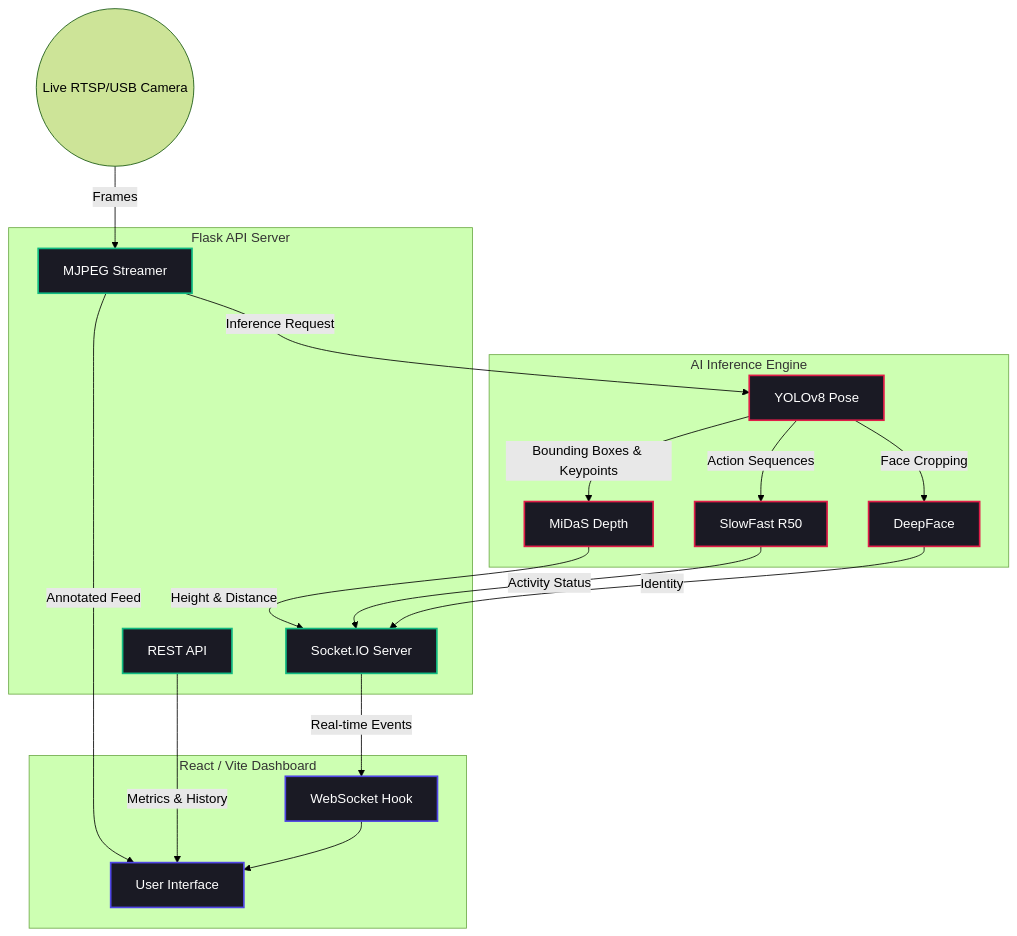
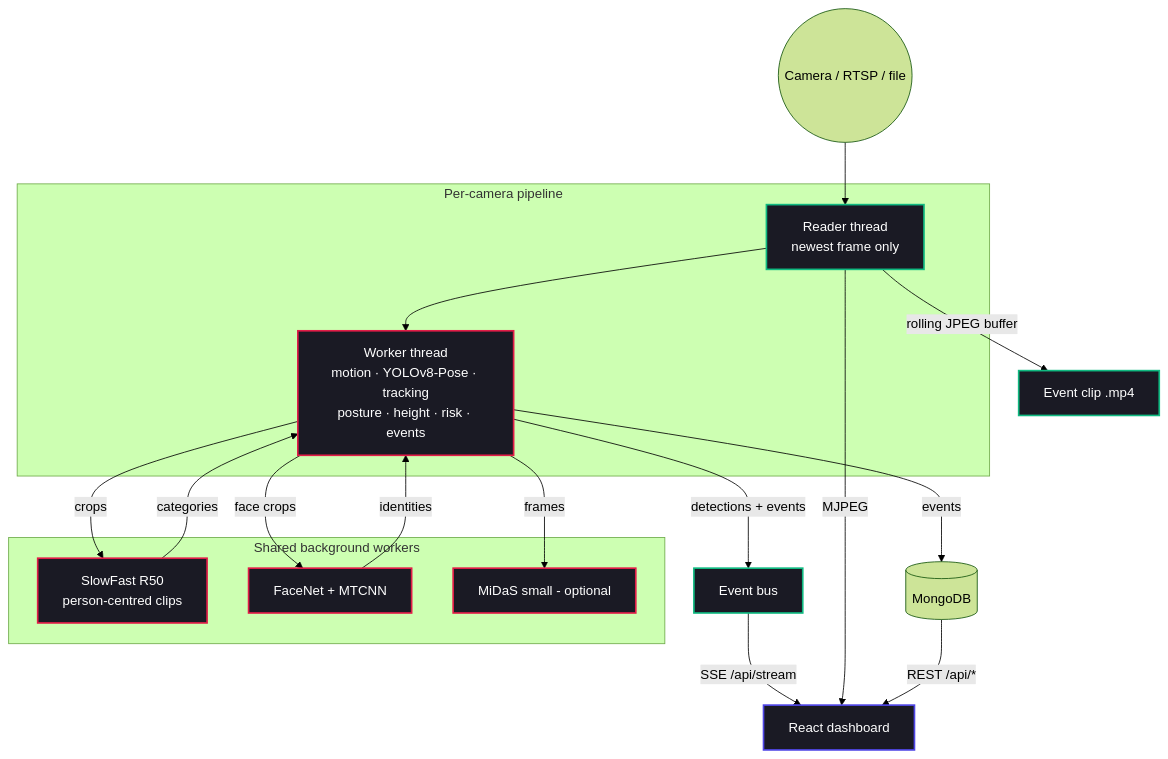
Before and after one commit to mccool1010/AI_security_system: the diagram in README.md, drawn with Mermaid (forest theme). The commit also changed other lines of this file and 578 other files, not shown here.

````diff
--- a/README.md
+++ b/README.md
@@ -36,40 +39,33 @@
 ```mermaid
 graph TD
-    %% Define Styles
     classDef client fill:#1A1A24,stroke:#4F46E5,stroke-width:2px,color:#fff
     classDef api fill:#1A1A24,stroke:#10B981,stroke-width:2px,color:#fff
     classDef ml fill:#1A1A24,stroke:#E11D48,stroke-width:2px,color:#fff
-    
-    subgraph Frontend [React / Vite Dashboard]
-        UI[User Interface]:::client
-        SocketClient[WebSocket Hook]:::client
+
+    Camera((Camera / RTSP / file)) --> Reader
+
+    subgraph Pipeline [Per-camera pipeline]
+        Reader[Reader thread<br/>newest frame only]:::api
+        Worker[Worker thread<br/>motion · YOLOv8-Pose · tracking<br/>posture · height · risk · events]:::ml
+        Reader --> Worker
     end
-    
-    subgraph Backend [Flask API Server]
-        Streamer[MJPEG Streamer]:::api
-        REST[REST API]:::api
-        SocketServer[Socket.IO Server]:::api
+
+    subgraph Shared [Shared background workers]
+        SlowFast[SlowFast R50<br/>person-centred clips]:::ml
+        Faces[FaceNet + MTCNN]:::ml
+        MiDaS[MiDaS small - optional]:::ml
     end
-    
-    subgraph MLPipeline [AI Inference Engine]
-        YOLO[YOLOv8 Pose]:::ml
-        MiDaS[MiDaS Depth]:::ml
-        SlowFast[SlowFast R50]:::ml
-        DeepFace[DeepFace]:::ml
-    end
-    
-    Camera((Live RTSP/USB Camera)) --> |Frames| Streamer
-    Streamer --> |Inference Request| YOLO
-    YOLO --> |Bounding Boxes & Keypoints| MiDaS
-    YOLO --> |Action Sequences| SlowFast
-    YOLO --> |Face Cropping| DeepFace
-    
-    MiDaS --> |Height & Distance| SocketServer
-    SlowFast --> |Activity Status| SocketServer
-    DeepFace --> |Identity| SocketServer
-    
-    SocketServer --> |Real-time Events| SocketClient
-    Streamer --> |Annotated Feed| UI
-    REST --> |Metrics & History| UI
-    SocketClient --> UI
+
+    Worker -- crops --> SlowFast
+    Worker -- face crops --> Faces
+    Worker -- frames --> MiDaS
+    SlowFast -- categories --> Worker
+    Faces -- identities --> Worker
+
+    Worker -- events --> Mongo[(MongoDB)]
+    Reader -- rolling JPEG buffer --> Clip[Event clip .mp4]:::api
+    Worker -- detections + events --> Bus[Event bus]:::api
+    Bus -- SSE /api/stream --> UI[React dashboard]:::client
+    Reader -- MJPEG --> UI
+    Mongo -- REST /api/* --> UI
 ```
````
